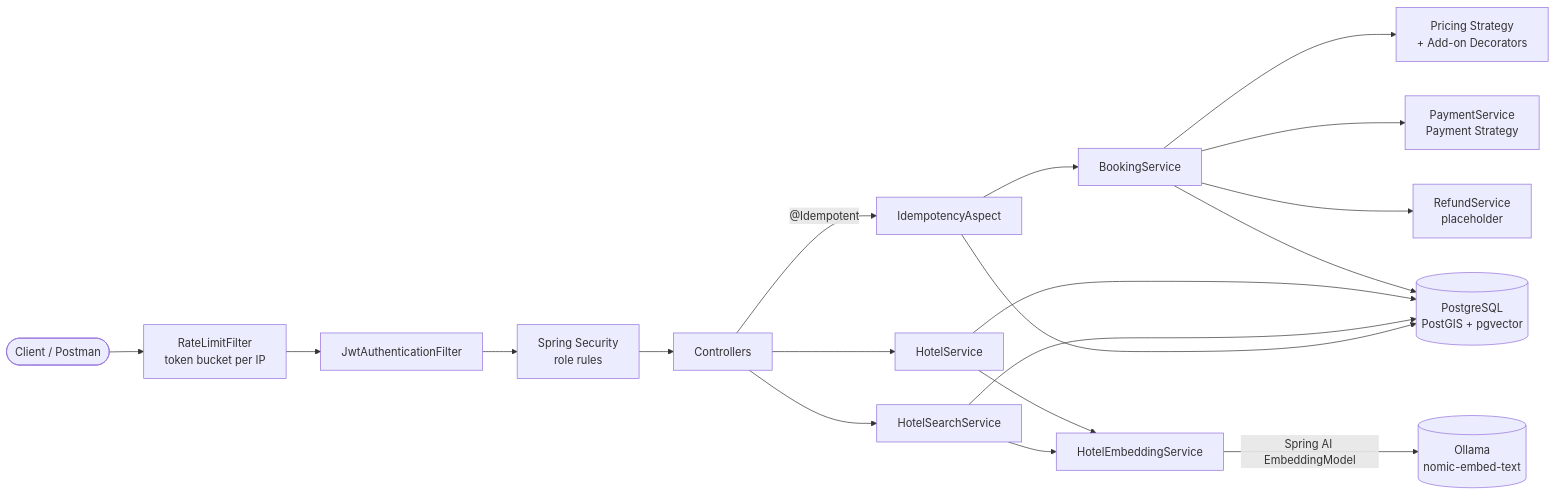
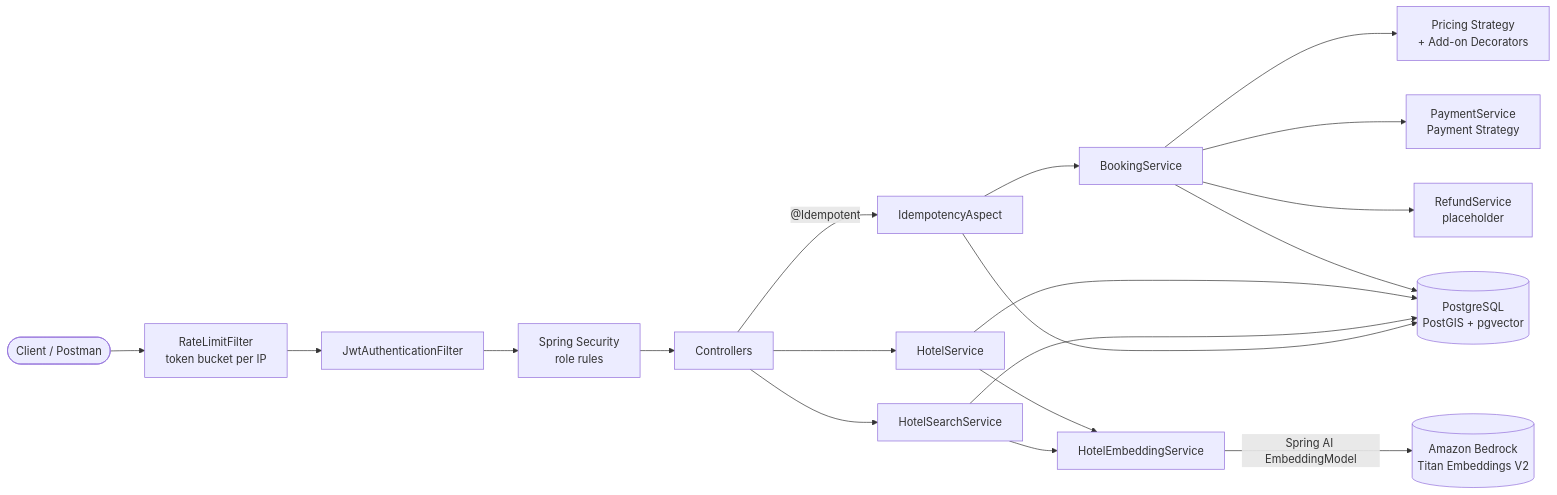
Before and after one commit to preetishramola/bookingApplication: the first of 2 diagrams in README.md, drawn with Mermaid. The commit also changed other lines of this file and 1 other file, not shown here.

First line of the commit message:
Remove Ollama from local setup and document Bedrock embeddings

````diff
--- a/README.md
+++ b/README.md
@@ -76,24 +76,24 @@
 ```mermaid
 flowchart LR
     Client([Client / Postman]) --> RL[RateLimitFilter<br/>token bucket per IP]
     RL --> JWT[JwtAuthenticationFilter]
     JWT --> SEC[Spring Security<br/>role rules]
     SEC --> C[Controllers]
     C -->|"@Idempotent"| IA[IdempotencyAspect]
     IA --> BS[BookingService]
     C --> HS[HotelService]
     C --> SS[HotelSearchService]
 
     BS --> PR[Pricing Strategy<br/>+ Add-on Decorators]
     BS --> PS[PaymentService<br/>Payment Strategy]
     BS --> RS[RefundService<br/>placeholder]
 
     HS --> ES[HotelEmbeddingService]
     SS --> ES
-    ES -->|Spring AI EmbeddingModel| OL[(Ollama<br/>nomic-embed-text)]
+    ES -->|Spring AI EmbeddingModel| OL[(Amazon Bedrock<br/>Titan Embeddings V2)]
 
     BS --> DB[(PostgreSQL<br/>PostGIS + pgvector)]
     HS --> DB
     SS --> DB
     IA --> DB
 ```
````
